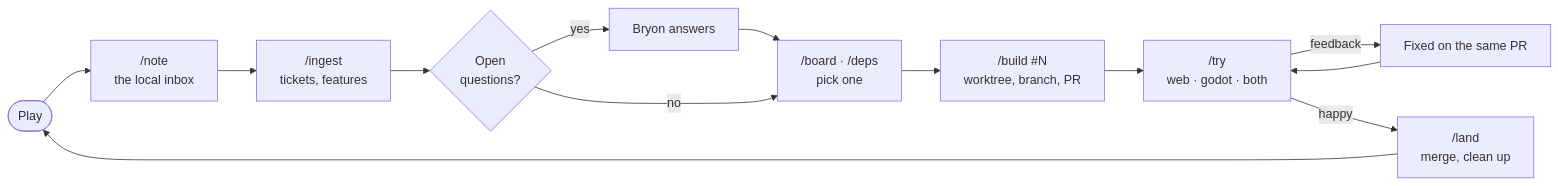
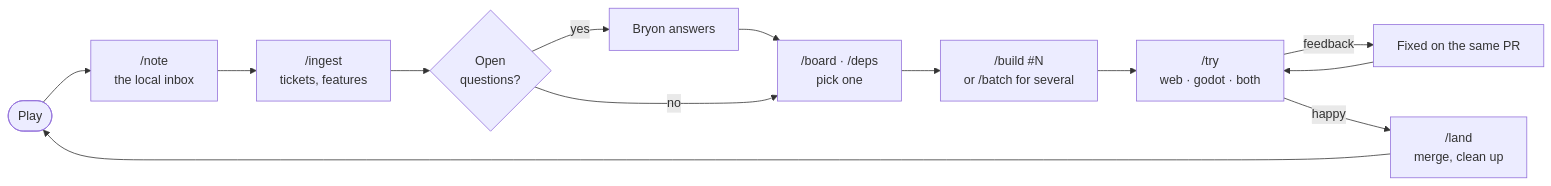
Before and after one commit to bdizzz/downtown-mars: the diagram in docs/WORKFLOW.md, drawn with Mermaid. The commit also changed other lines of this file and 52 other files, not shown here.

````diff
--- a/docs/WORKFLOW.md
+++ b/docs/WORKFLOW.md
@@ -9,13 +9,13 @@
 ```mermaid
 flowchart LR
   play([Play]) --> note["/note<br/>the local inbox"]
   note --> ingest["/ingest<br/>tickets, features"]
   ingest --> answer{Open<br/>questions?}
   answer -- yes --> reply[Bryon answers] --> pick
   answer -- no --> pick["/board · /deps<br/>pick one"]
-  pick --> build["/build #N<br/>worktree, branch, PR"]
+  pick --> build["/build #N<br/>or /batch for several"]
   build --> try["/try<br/>web · godot · both"]
   try -- feedback --> fix[Fixed on the same PR] --> try
   try -- happy --> land["/land<br/>merge, clean up"]
   land --> play
 ```
````
